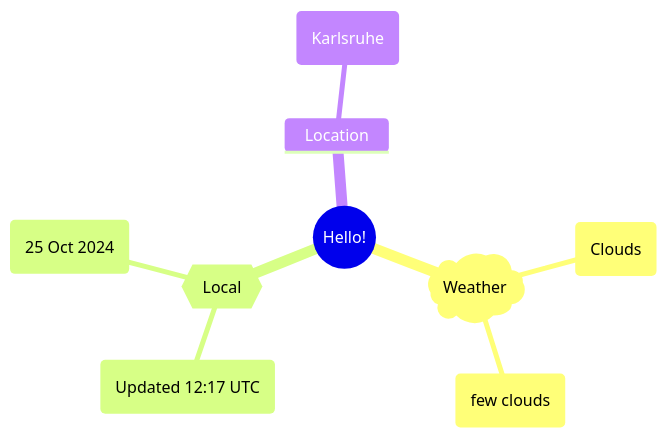
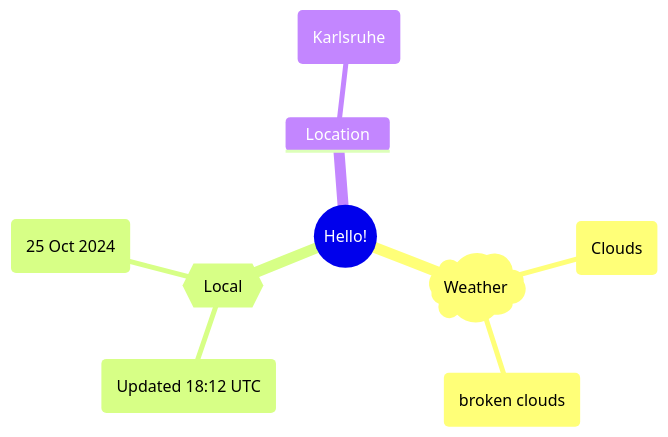
Before and after one commit to Xosrov/Xosrov: the first of 2 diagrams in README.md, drawn with Mermaid.

Commit message:
[bot] updated images

````diff
--- a/README.md
+++ b/README.md
@@ -3,12 +3,12 @@
 ```mermaid
 mindmap
   root((Hello!))
     )Weather(
         (Clouds)
-        (few clouds)
+        (broken clouds)
     {{Local}}
-        (Updated 12:17 UTC)
+        (Updated 18:12 UTC)
         (25 Oct 2024)
     Location
         (Karlsruhe)
 ```
````
